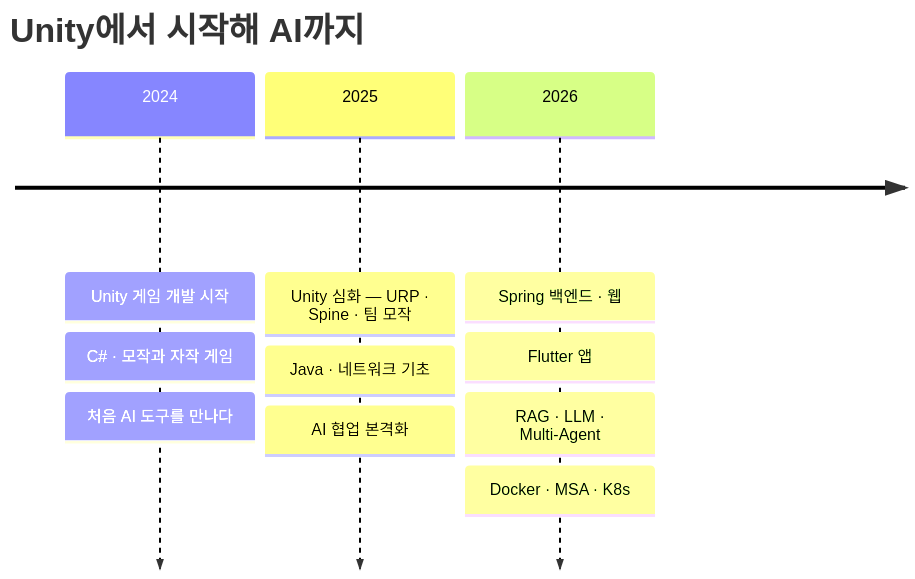
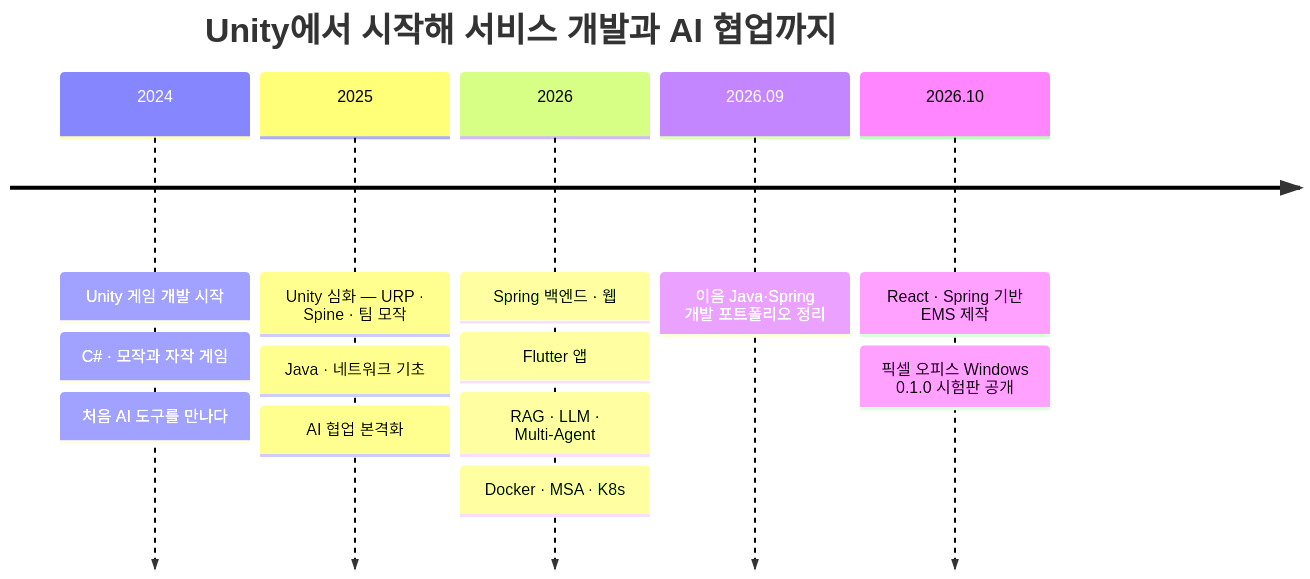
The diagram in README.md (MaoEmong/MaoEmong), drawn with Mermaid before and after one commit. The commit also changed other lines of this file, not shown here.

First line of the commit message:
docs: feature EMS, Pixel Office and Ieum in profile

````diff
--- a/README.md
+++ b/README.md
@@ -20,7 +30,9 @@
 ```mermaid
 timeline
-    title Unity에서 시작해 AI까지
+    title Unity에서 시작해 서비스 개발과 AI 협업까지
     2024 : Unity 게임 개발 시작 : C# · 모작과 자작 게임 : 처음 AI 도구를 만나다
     2025 : Unity 심화 — URP · Spine · 팀 모작 : Java · 네트워크 기초 : AI 협업 본격화
     2026 : Spring 백엔드 · 웹 : Flutter 앱 : RAG · LLM · Multi-Agent : Docker · MSA · K8s
+    2026.09 : 이음 Java·Spring 개발 포트폴리오 정리
+    2026.10 : React · Spring 기반 EMS 제작 : 픽셀 오피스 Windows 0.1.0 시험판 공개
 ```
````
